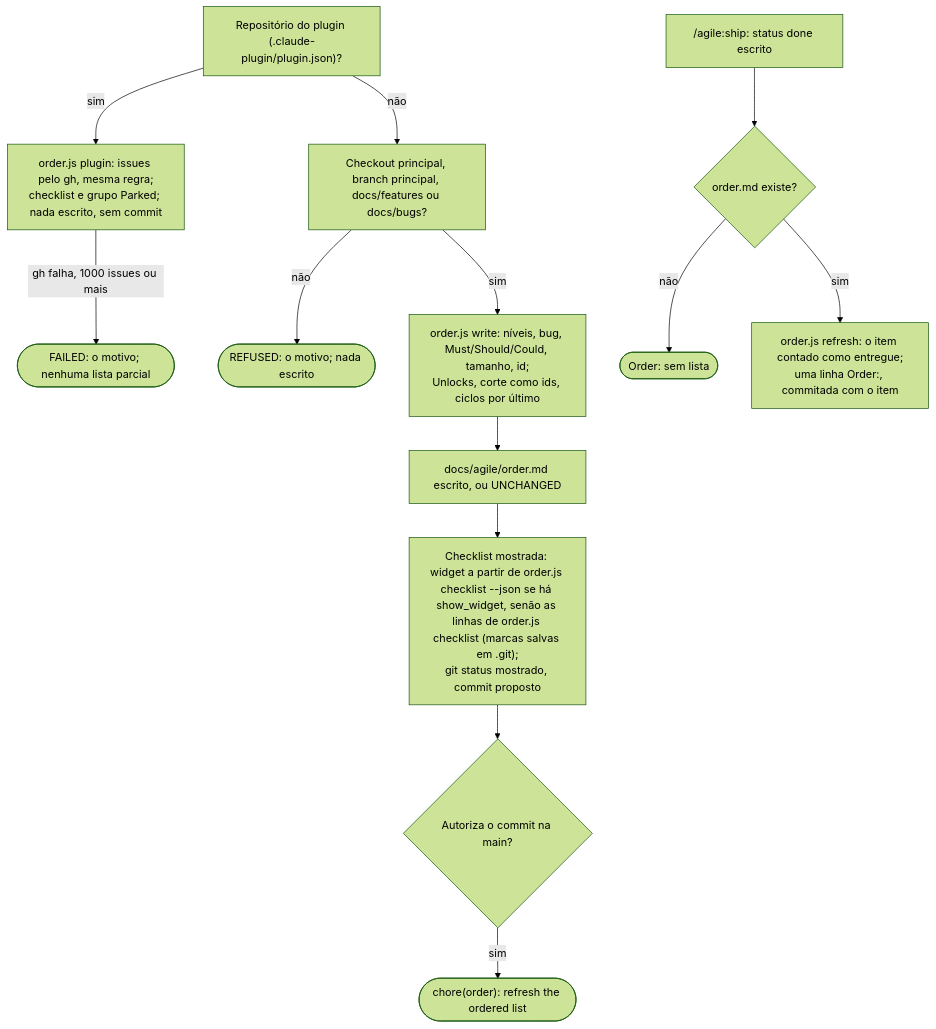
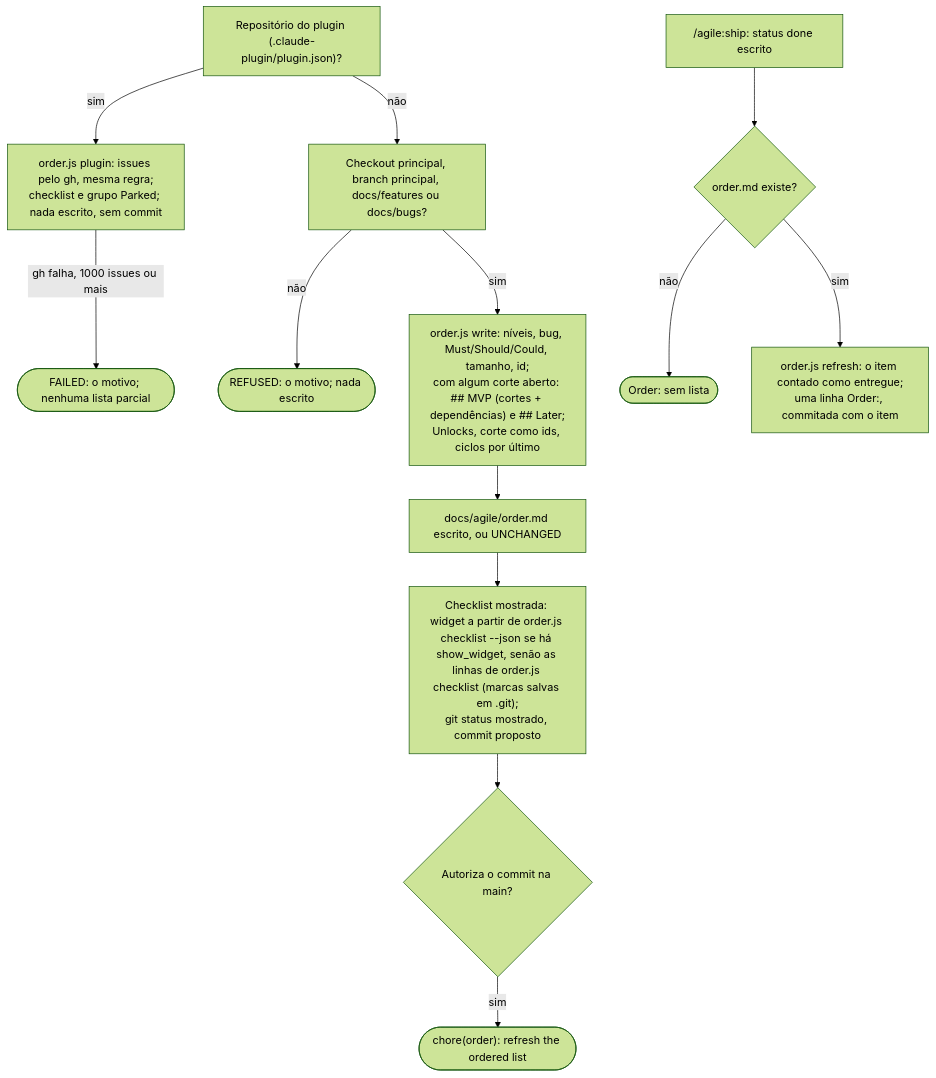
Before and after one commit to alexcanario/simulab: diagram 19 of 24 in docs/agile/workflow.pt-BR.md, drawn with Mermaid (forest theme). The commit also changed other lines of this file and 5 other files, not shown here.

````diff
--- a/docs/agile/workflow.pt-BR.md
+++ b/docs/agile/workflow.pt-BR.md
@@ -1198,15 +1203,15 @@
 ```mermaid
 flowchart TD
     P["Repositório do plugin (.claude-plugin/plugin.json)?"] -->|sim| P1["order.js plugin: issues pelo gh, mesma regra;<br/>checklist e grupo Parked; nada escrito, sem commit"]
     P -->|não| A["Checkout principal, branch principal, docs/features ou docs/bugs?"]
     P1 -->|gh falha, 1000 issues ou mais| P2(["FAILED: o motivo; nenhuma lista parcial"])
     A -->|não| A1(["REFUSED: o motivo; nada escrito"])
-    A -->|sim| B["order.js write: níveis, bug, Must/Should/Could, tamanho, id;<br/>Unlocks, corte como ids, ciclos por último"]
+    A -->|sim| B["order.js write: níveis, bug, Must/Should/Could, tamanho, id;<br/>com algum corte aberto: ## MVP (cortes + dependências) e ## Later;<br/>Unlocks, corte como ids, ciclos por último"]
     B --> C["docs/agile/order.md escrito, ou UNCHANGED"]
     C --> D["Checklist mostrada: widget a partir de order.js checklist --json se há show_widget, senão as linhas de order.js checklist (marcas salvas em .git);<br/>git status mostrado, commit proposto"]
     D --> E{"Autoriza o commit na main?"}
     E -->|sim| F(["chore(order): refresh the ordered list"])
     G["/agile:ship: status done escrito"] --> H{"order.md existe?"}
     H -->|não| H1(["Order: sem lista"])
     H -->|sim| I["order.js refresh: o item contado como entregue;<br/>uma linha Order:, commitada com o item"]
 ```
````
